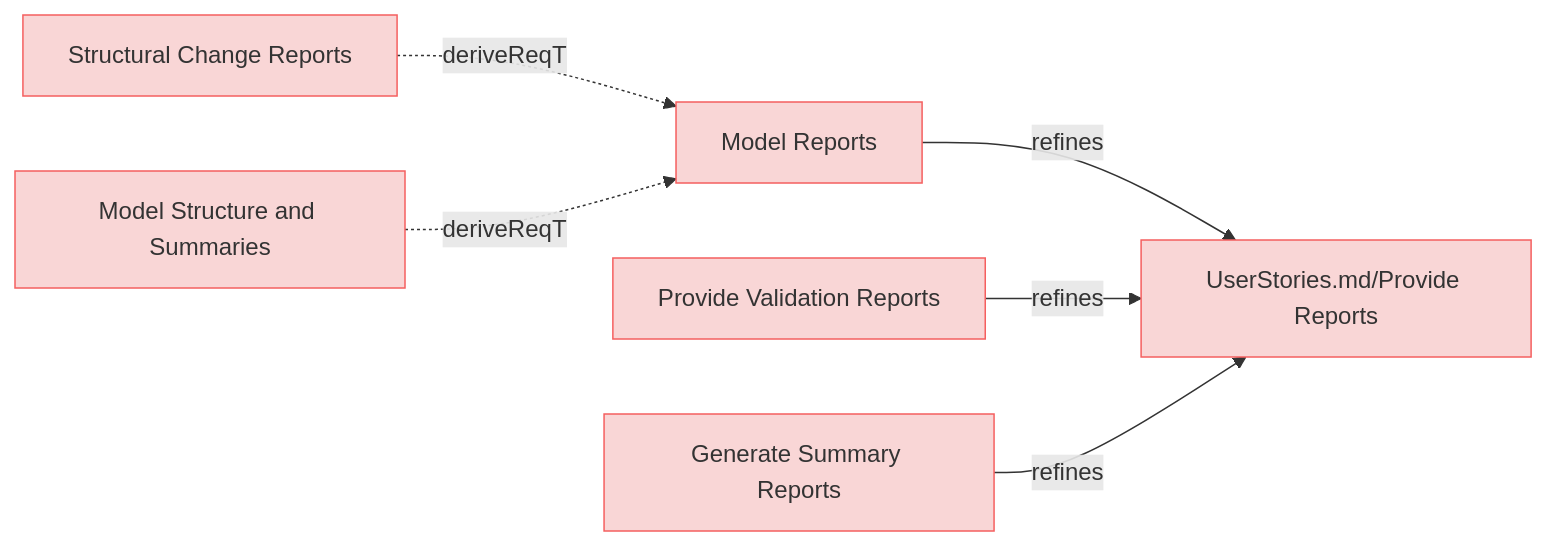
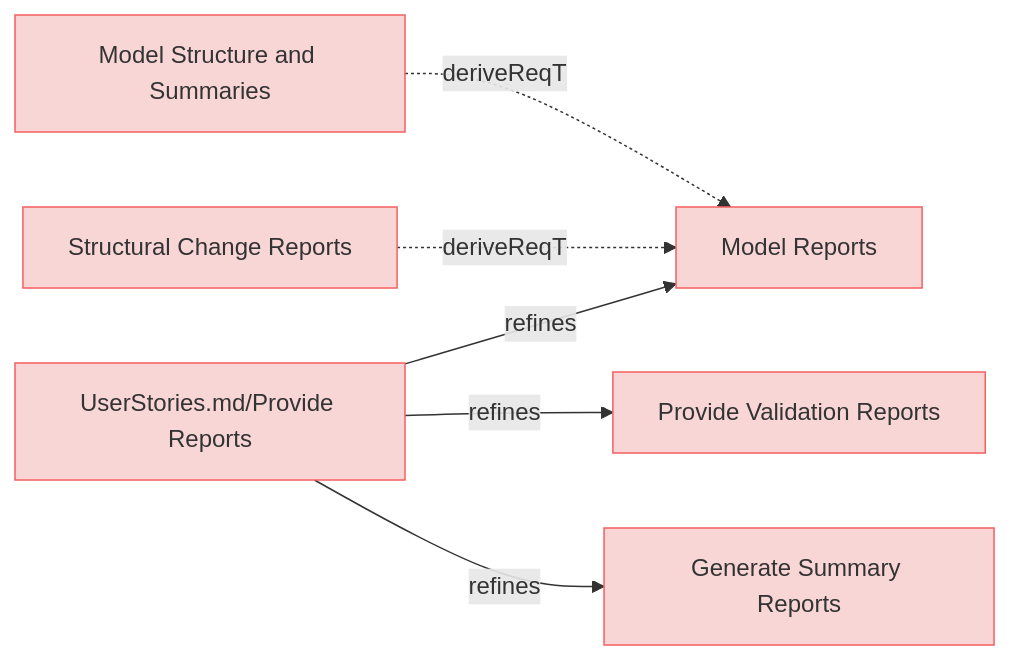
Before and after one commit to reqvire-org/reqvire: the fifth of 9 diagrams in specifications/UserRequirements.md, drawn with Mermaid. The commit also changed other lines of this file and 20 other files, not shown here.

````diff
--- a/specifications/UserRequirements.md
+++ b/specifications/UserRequirements.md
@@ -369,32 +369,32 @@
 ```mermaid
 graph LR;
   %% Graph styling
   classDef requirement fill:#f9d6d6,stroke:#f55f5f,stroke-width:1px;
   classDef verification fill:#d6f9d6,stroke:#5fd75f,stroke-width:1px;
   classDef externalLink fill:#d0e0ff,stroke:#3080ff,stroke-width:1px;
   classDef default fill:#f5f5f5,stroke:#333333,stroke-width:1px;
 
   98d3f01fb666c41f["Model Reports"];
-  click 98d3f01fb666c41f "https://github.com/Reqvire/reqvire/blob/30536324899084e88969175e3613c971ffa6e108/specifications/UserRequirements.md#model-reports";
+  click 98d3f01fb666c41f "https://github.com/Reqvire/reqvire/blob/667635d4628fed400323f7df3689af2dbc2ad666/specifications/UserRequirements.md#model-reports";
   class 98d3f01fb666c41f requirement;
   9cb6618c17d19a11["UserStories.md/Provide Reports"];
   class 9cb6618c17d19a11 requirement;
-  click 9cb6618c17d19a11 "https://github.com/Reqvire/reqvire/blob/30536324899084e88969175e3613c971ffa6e108/specifications/UserStories.md#provide-reports";
-  98d3f01fb666c41f -->|refines| 9cb6618c17d19a11;
+  click 9cb6618c17d19a11 "https://github.com/Reqvire/reqvire/blob/667635d4628fed400323f7df3689af2dbc2ad666/specifications/UserStories.md#provide-reports";
+  9cb6618c17d19a11 -->|refines| 98d3f01fb666c41f;
+  2d3cfde19fc6bb79["Provide Validation Reports"];
+  click 2d3cfde19fc6bb79 "https://github.com/Reqvire/reqvire/blob/667635d4628fed400323f7df3689af2dbc2ad666/specifications/UserRequirements.md#provide-validation-reports";
+  class 2d3cfde19fc6bb79 requirement;
+  9cb6618c17d19a11 -->|refines| 2d3cfde19fc6bb79;
+  db41436c9a771e21["Generate Summary Reports"];
+  click db41436c9a771e21 "https://github.com/Reqvire/reqvire/blob/667635d4628fed400323f7df3689af2dbc2ad666/specifications/UserRequirements.md#generate-summary-reports";
+  class db41436c9a771e21 requirement;
+  9cb6618c17d19a11 -->|refines| db41436c9a771e21;
+  40de7485b25294["Model Structure and Summaries"];
+  click 40de7485b25294 "https://github.com/Reqvire/reqvire/blob/667635d4628fed400323f7df3689af2dbc2ad666/specifications/UserRequirements.md#model-structure-and-summaries";
+  class 40de7485b25294 requirement;
+  40de7485b25294 -.->|deriveReqT| 98d3f01fb666c41f;
   6572e9cc4d78415a["Structural Change Reports"];
-  click 6572e9cc4d78415a "https://github.com/Reqvire/reqvire/blob/30536324899084e88969175e3613c971ffa6e108/specifications/UserRequirements.md#structural-change-reports";
+  click 6572e9cc4d78415a "https://github.com/Reqvire/reqvire/blob/667635d4628fed400323f7df3689af2dbc2ad666/specifications/UserRequirements.md#structural-change-reports";
   class 6572e9cc4d78415a requirement;
   6572e9cc4d78415a -.->|deriveReqT| 98d3f01fb666c41f;
-  40de7485b25294["Model Structure and Summaries"];
-  click 40de7485b25294 "https://github.com/Reqvire/reqvire/blob/30536324899084e88969175e3613c971ffa6e108/specifications/UserRequirements.md#model-structure-and-summaries";
-  class 40de7485b25294 requirement;
-  40de7485b25294 -.->|deriveReqT| 98d3f01fb666c41f;
-  2d3cfde19fc6bb79["Provide Validation Reports"];
-  click 2d3cfde19fc6bb79 "https://github.com/Reqvire/reqvire/blob/30536324899084e88969175e3613c971ffa6e108/specifications/UserRequirements.md#provide-validation-reports";
-  class 2d3cfde19fc6bb79 requirement;
-  2d3cfde19fc6bb79 -->|refines| 9cb6618c17d19a11;
-  db41436c9a771e21["Generate Summary Reports"];
-  click db41436c9a771e21 "https://github.com/Reqvire/reqvire/blob/30536324899084e88969175e3613c971ffa6e108/specifications/UserRequirements.md#generate-summary-reports";
-  class db41436c9a771e21 requirement;
-  db41436c9a771e21 -->|refines| 9cb6618c17d19a11;
 ```
````
